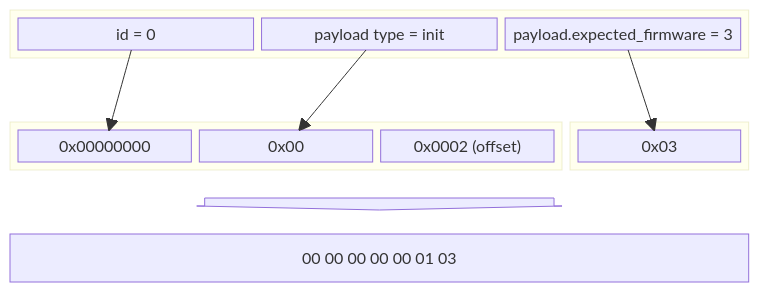
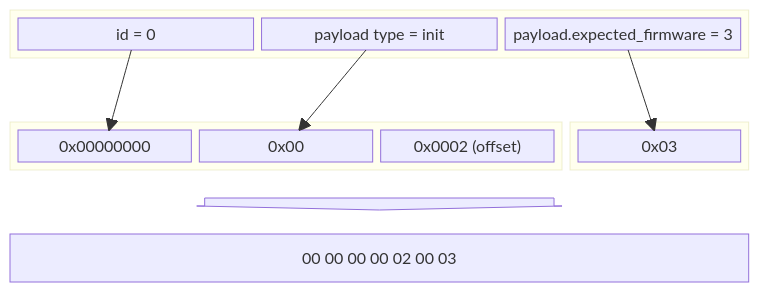
The fourth of 5 diagrams in README.md (ZachDaChampion/simple-buffers), drawn with Mermaid before and after one commit. The commit also changed other lines of this file, not shown here.

````diff
--- a/README.md
+++ b/README.md
@@ -203,27 +203,27 @@
 ```mermaid
 block-beta
     columns 4
 
     block:braw:4
         rawid["id = 0"]
         rawpayloadtype["payload type = init"]
         rawfw["payload.expected_firmware = 3"]
     end
     space:4
     block:bser0:3
         serid["0x00000000"]
         serpayloadtype["0x00"]
         serpayloadoffset["0x0002 (offset)"]
     end
     block:serdyn:1
         serfw["0x03"]
     end
     space:1 down<[" "]>(down):2 space:1
     block:final:4
-        final["00 00 00 00 00 01 03"]:4
+        final["00 00 00 00 02 00 03"]:4
     end
 
     rawid-->serid
     rawpayloadtype-->serpayloadtype
     rawfw-->serfw
 ```
````
